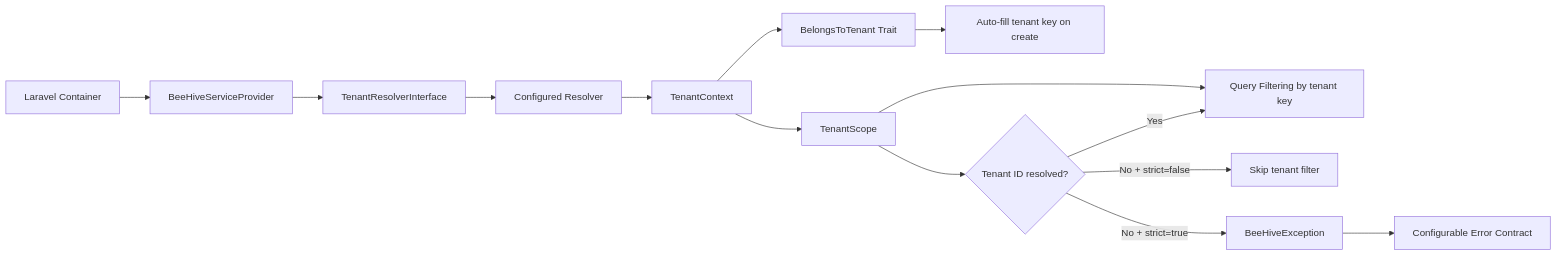
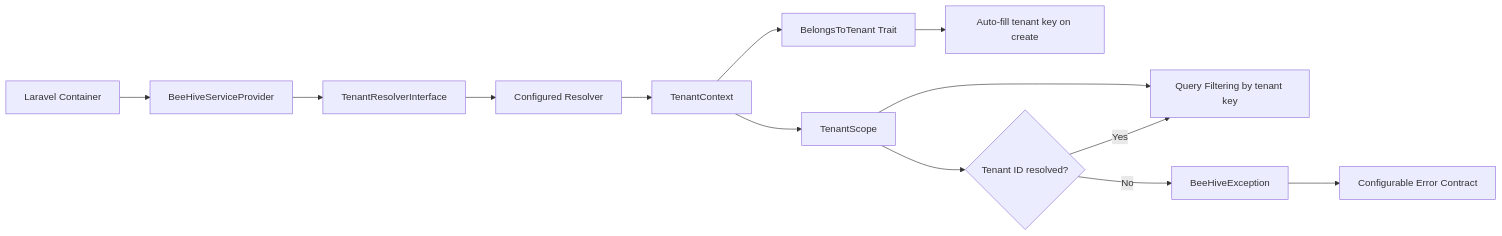
One commit to EquidnaMX/bee-hive changed the diagram in README.md. Above: the diagram before and after it, drawn with Mermaid. The commit also changed other lines of this file and 24 other files, not shown here.

````diff
--- a/README.md
+++ b/README.md
@@ -15,19 +15,18 @@
 ```mermaid
 flowchart LR
 	A[Laravel Container] --> B[BeeHiveServiceProvider]
 	B --> C[TenantResolverInterface]
 	C --> D[Configured Resolver]
 	D --> E[TenantContext]
 
 	E --> F[TenantScope]
 	E --> G[BelongsToTenant Trait]
 
 	F --> H[Query Filtering by tenant key]
 	G --> I[Auto-fill tenant key on create]
 
 	F --> J{Tenant ID resolved?}
 	J -->|Yes| H
-	J -->|No + strict=false| K[Skip tenant filter]
-	J -->|No + strict=true| L[BeeHiveException]
+	J -->|No| L[BeeHiveException]
 	L --> M[Configurable Error Contract]
 ```
````
